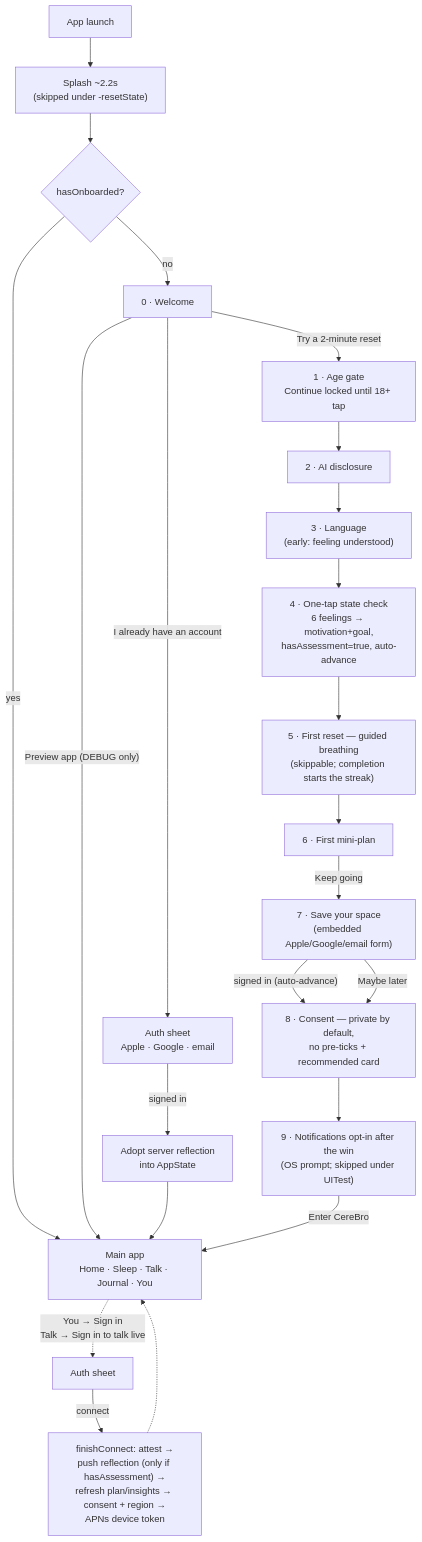
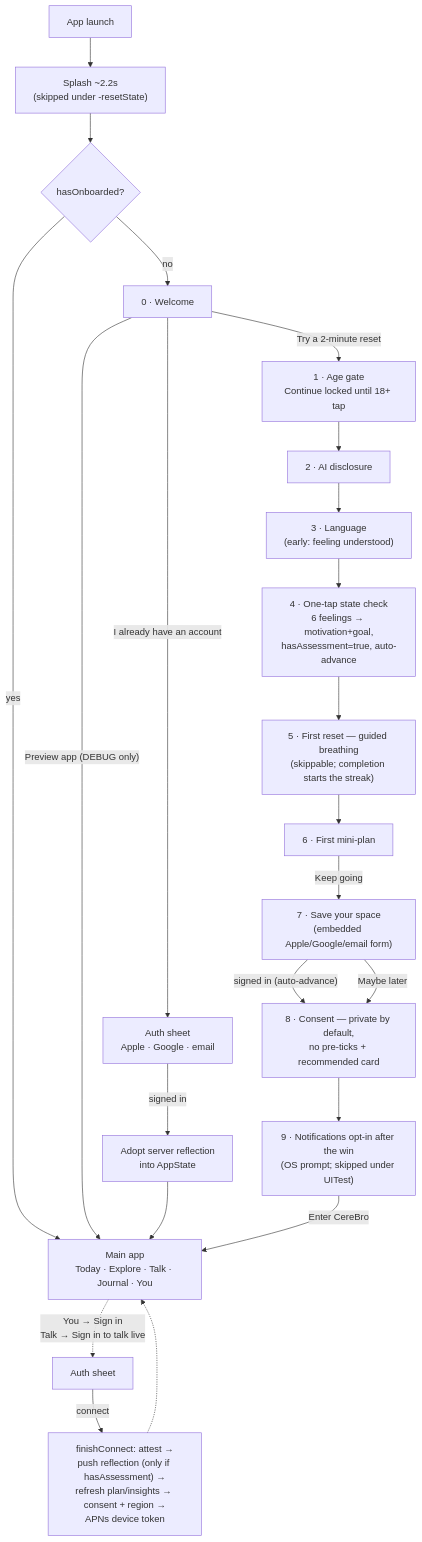
The diagram in docs/ARCHITECTURE.md (pawan084/cerebrozen), drawn with Mermaid before and after one commit. The commit also changed other lines of this file and 5 other files, not shown here.

````diff
--- a/docs/ARCHITECTURE.md
+++ b/docs/ARCHITECTURE.md
@@ -236,27 +245,27 @@
 ```mermaid
 flowchart TD
     L["App launch"] --> S["Splash ~2.2s<br>(skipped under -resetState)"]
     S --> H{"hasOnboarded?"}
-    H -- yes --> MAIN["Main app<br>Home · Sleep · Talk · Journal · You"]
+    H -- yes --> MAIN["Main app<br>Today · Explore · Talk · Journal · You"]
     H -- no --> W["0 · Welcome"]
 
     W -- "Try a 2-minute reset" --> AG["1 · Age gate<br>Continue locked until 18+ tap"]
     W -- "I already have an account" --> AUTH1["Auth sheet<br>Apple · Google · email"]
     W -- "Preview app (DEBUG only)" --> MAIN
     AUTH1 -- "signed in" --> ADOPT["Adopt server reflection<br>into AppState"] --> MAIN
 
     AG --> DIS["2 · AI disclosure"]
     DIS --> LANG["3 · Language<br>(early: feeling understood)"]
     LANG --> STATE["4 · One-tap state check<br>6 feelings → motivation+goal,<br>hasAssessment=true, auto-advance"]
     STATE --> RESET["5 · First reset — guided breathing<br>(skippable; completion starts the streak)"]
     RESET --> PLAN["6 · First mini-plan"]
     PLAN -- "Keep going" --> SIGN["7 · Save your space<br>(embedded Apple/Google/email form)"]
     SIGN -- "signed in (auto-advance)" --> CONS
     SIGN -- "Maybe later" --> CONS["8 · Consent — private by default,<br>no pre-ticks + recommended card"]
     CONS --> NOTIF["9 · Notifications opt-in after the win<br>(OS prompt; skipped under UITest)"]
     NOTIF -- "Enter CereBro" --> MAIN
 
     MAIN -. "You → Sign in<br>Talk → Sign in to talk live" .-> AUTH3["Auth sheet"]
     AUTH3 -- connect --> SYNC["finishConnect: attest →<br>push reflection (only if hasAssessment) →<br>refresh plan/insights → consent + region →<br>APNs device token"]
     SYNC -.-> MAIN
 ```
````
